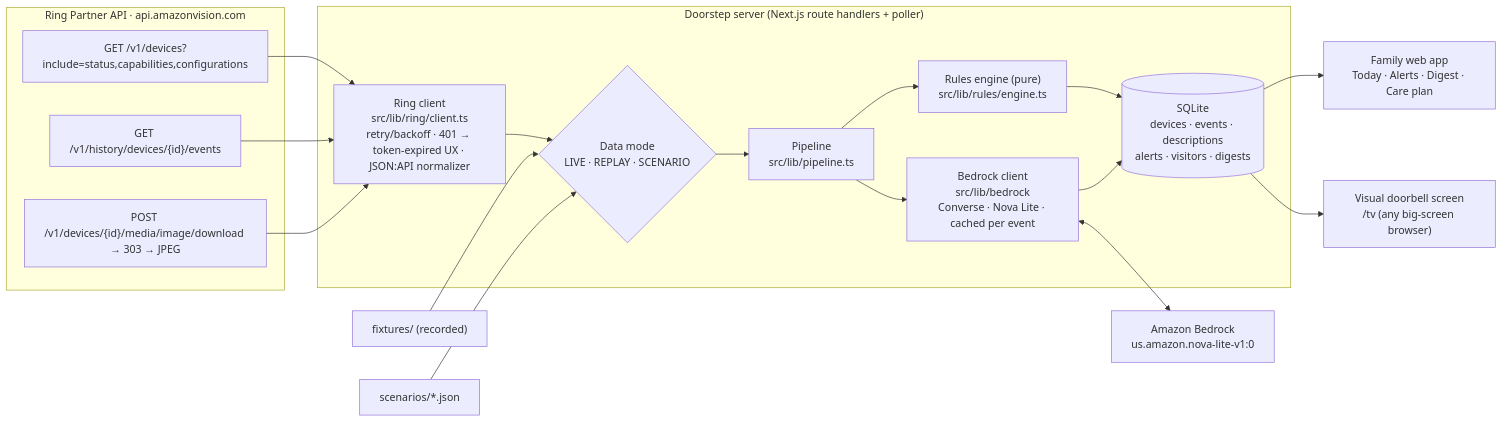
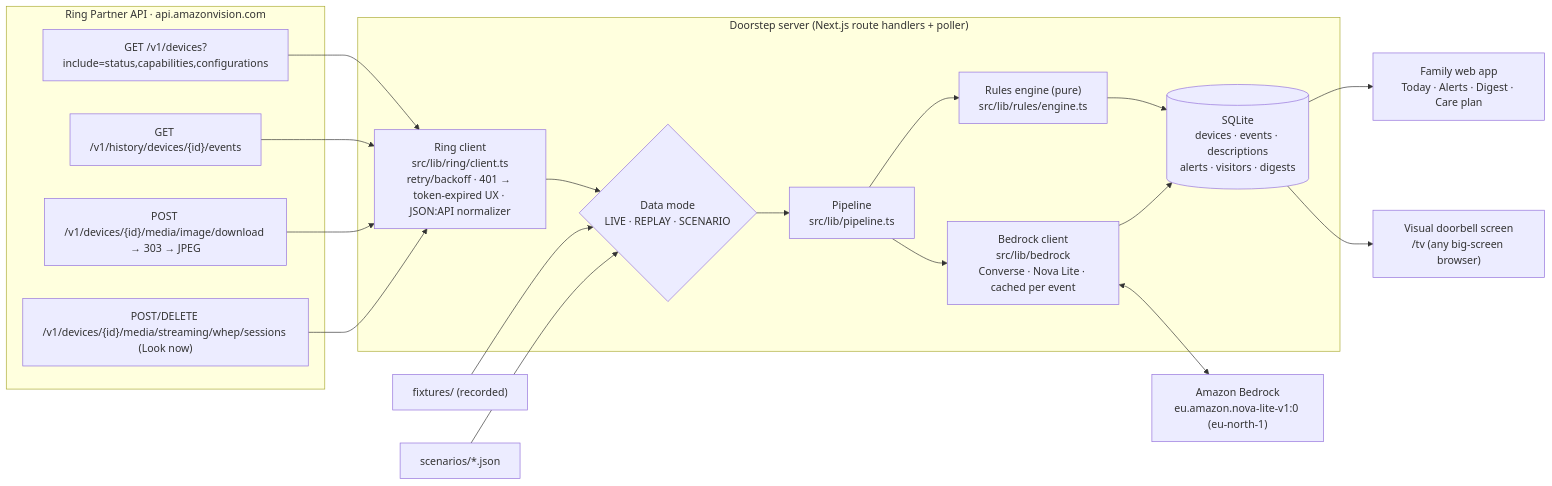
The diagram in README.md (breakthrough-child/doorstep), drawn with Mermaid before and after one commit. The commit also changed other lines of this file and 5 other files, not shown here.

````diff
--- a/README.md
+++ b/README.md
@@ -79,28 +79,29 @@
 ```mermaid
 flowchart LR
   subgraph Ring["Ring Partner API · api.amazonvision.com"]
     D["GET /v1/devices?include=status,capabilities,configurations"]
     H["GET /v1/history/devices/{id}/events"]
     S["POST /v1/devices/{id}/media/image/download → 303 → JPEG"]
+    W["POST/DELETE /v1/devices/{id}/media/streaming/whep/sessions (Look now)"]
   end
   subgraph Server["Doorstep server (Next.js route handlers + poller)"]
     RC["Ring client<br/>src/lib/ring/client.ts<br/>retry/backoff · 401 → token-expired UX · JSON:API normalizer"]
     SRC{"Data mode<br/>LIVE · REPLAY · SCENARIO"}
     P["Pipeline<br/>src/lib/pipeline.ts"]
     BR["Bedrock client<br/>src/lib/bedrock<br/>Converse · Nova Lite · cached per event"]
     R["Rules engine (pure)<br/>src/lib/rules/engine.ts"]
     DB[("SQLite<br/>devices · events · descriptions<br/>alerts · visitors · digests")]
   end
-  AWS["Amazon Bedrock<br/>us.amazon.nova-lite-v1:0"]
+  AWS["Amazon Bedrock<br/>eu.amazon.nova-lite-v1:0 (eu-north-1)"]
   UI["Family web app<br/>Today · Alerts · Digest · Care plan"]
   TV["Visual doorbell screen<br/>/tv (any big-screen browser)"]
 
-  D & H & S --> RC --> SRC
+  D & H & S & W --> RC --> SRC
   FX["fixtures/ (recorded)"] --> SRC
   SC["scenarios/*.json"] --> SRC
   SRC --> P --> BR <--> AWS
   P --> R --> DB
   BR --> DB
   DB --> UI
   DB --> TV
 ```
````
